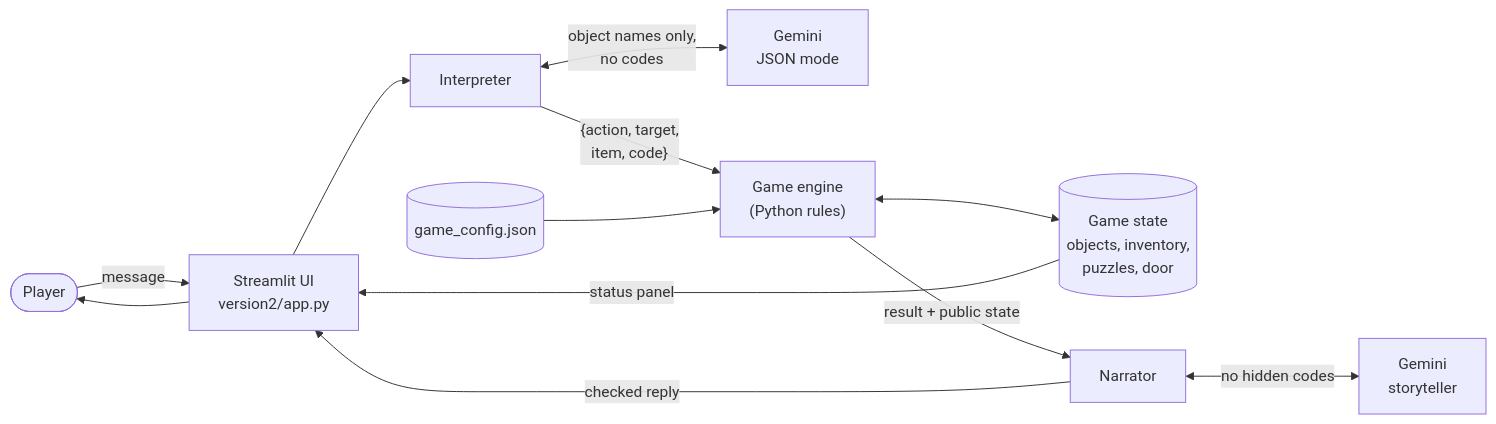
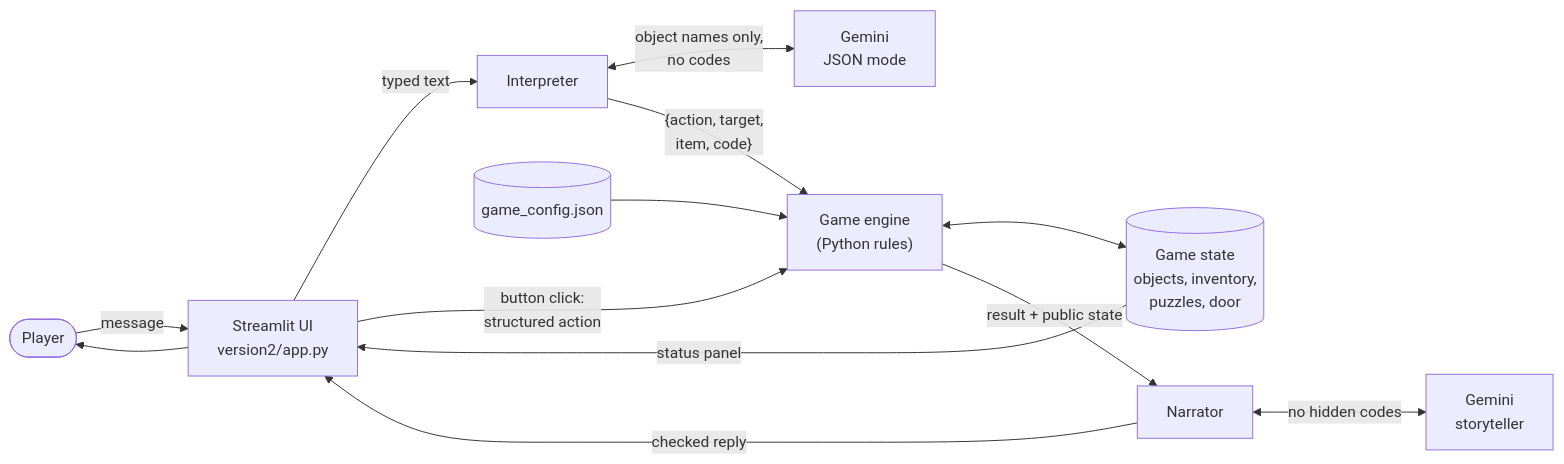
One commit to TaniaGirish12/AI-Escape-Room changed the second of 2 diagrams in README.md. Above: the diagram before and after it, drawn with Mermaid. The commit also changed other lines of this file and 2 other files, not shown here.

````diff
--- a/README.md
+++ b/README.md
@@ -292,14 +294,15 @@
 ```mermaid
 flowchart LR
     P([Player]) -- message --> UI["Streamlit UI<br/>version2/app.py"]
-    UI --> I["Interpreter"]
+    UI -- "typed text" --> I["Interpreter"]
+    UI -- "button click:<br/>structured action" --> E
     I <-- "object names only,<br/>no codes" --> G1["Gemini<br/>JSON mode"]
     I -- "{action, target,<br/>item, code}" --> E["Game engine<br/>(Python rules)"]
     CFG[("game_config.json")] --> E
     E <--> S[("Game state<br/>objects, inventory,<br/>puzzles, door")]
     E -- "result + public state" --> N["Narrator"]
     N <-- "no hidden codes" --> G2["Gemini<br/>storyteller"]
     N -- "checked reply" --> UI
     S -- "status panel" --> UI
     UI --> P
 ```
````
